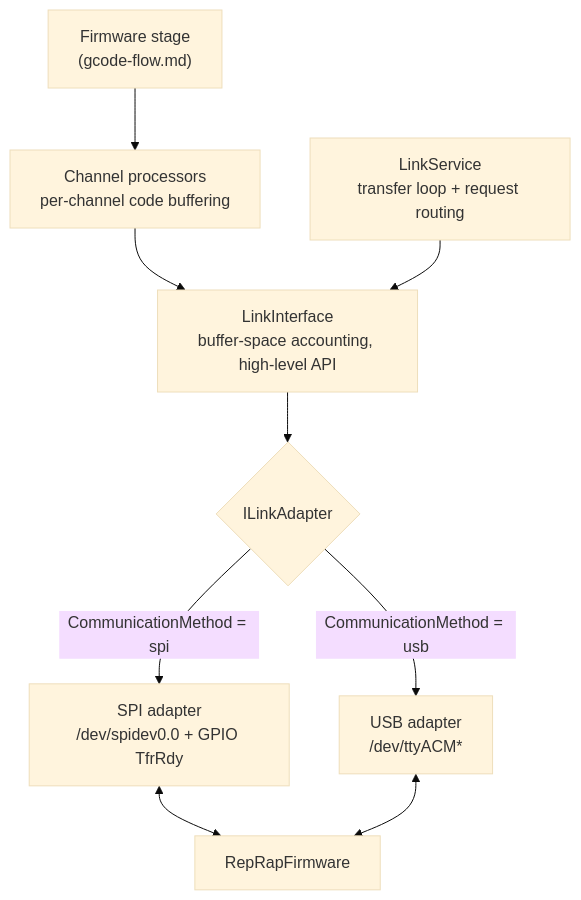
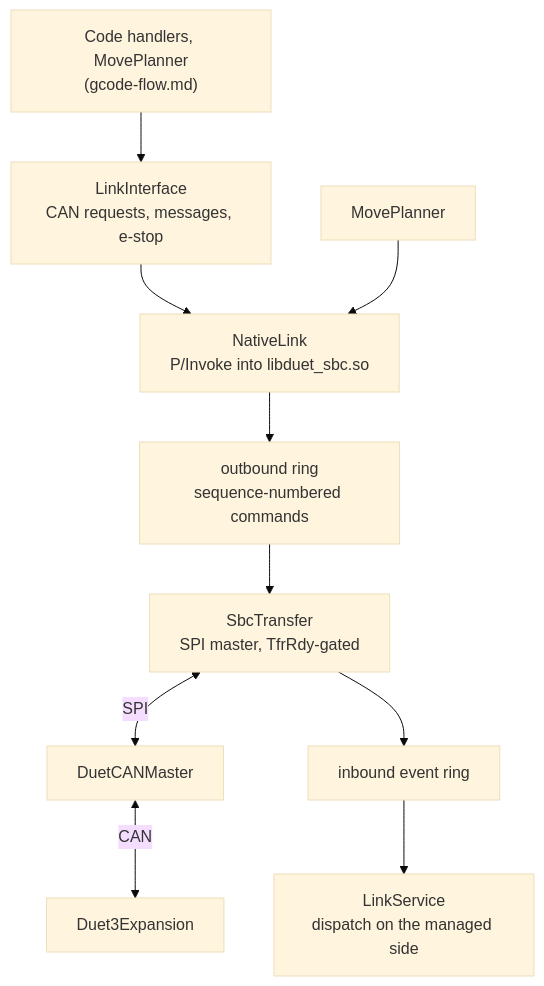
Before and after one commit to Duet3D/DuetSoftwareFramework: the diagram in src/Documentation/articles/firmware-link.md, drawn with Mermaid (base theme). The commit also changed other lines of this file and 8 other files, not shown here.

````diff
--- a/src/Documentation/articles/firmware-link.md
+++ b/src/Documentation/articles/firmware-link.md
@@ -26,11 +29,12 @@
 ```mermaid
 flowchart TD
-    FW["Firmware stage<br/>(gcode-flow.md)"] --> CHAN["Channel processors<br/>per-channel code buffering"]
-    CHAN --> LI["LinkInterface<br/>buffer-space accounting, high-level API"]
-    LS["LinkService<br/>transfer loop + request routing"] --> LI
-    LI --> ADAPTER{"ILinkAdapter"}
-    ADAPTER -- "CommunicationMethod = spi" --> SPI["SPI adapter<br/>/dev/spidev0.0 + GPIO TfrRdy"]
-    ADAPTER -- "CommunicationMethod = usb" --> USB["USB adapter<br/>/dev/ttyACM*"]
-    SPI <--> RRF["RepRapFirmware"]
-    USB <--> RRF
+    HANDLERS["Code handlers, MovePlanner<br/>(gcode-flow.md)"] --> LI["LinkInterface<br/>CAN requests, messages, e-stop"]
+    LI --> NL["NativeLink<br/>P/Invoke into libduet_sbc.so"]
+    MP["MovePlanner"] --> NL
+    NL --> RING["outbound ring<br/>sequence-numbered commands"]
+    RING --> XFER["SbcTransfer<br/>SPI master, TfrRdy-gated"]
+    XFER <-->|"SPI"| CM["DuetCANMaster"]
+    CM <-->|"CAN"| EXP["Duet3Expansion"]
+    XFER --> EVENTS["inbound event ring"]
+    EVENTS --> LS["LinkService<br/>dispatch on the managed side"]
 ```
````
